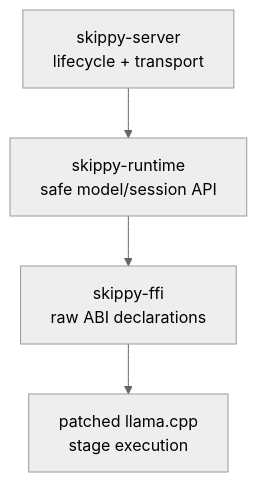
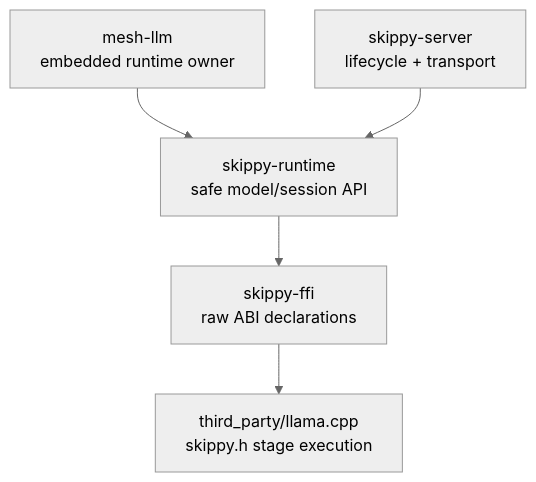
Before and after one commit to michaelneale/mesh-llm: the first of 2 diagrams in crates/skippy-ffi/README.md, drawn with Mermaid (neutral theme). The commit also changed other lines of this file and 16 other files, not shown here.

Commit message:
Refactor documentation across crates for mesh-driven architecture, OpenAI API integration, and staged runtime updates.

````diff
--- a/crates/skippy-ffi/README.md
+++ b/crates/skippy-ffi/README.md
@@ -24,6 +24,7 @@
 ```mermaid
 flowchart TB
+    Mesh["mesh-llm<br/>embedded runtime owner"] --> Runtime
     Server["skippy-server<br/>lifecycle + transport"] --> Runtime["skippy-runtime<br/>safe model/session API"]
     Runtime --> FFI["skippy-ffi<br/>raw ABI declarations"]
-    FFI --> Llama["patched llama.cpp<br/>stage execution"]
+    FFI --> Llama["third_party/llama.cpp<br/>skippy.h stage execution"]
 ```
````
